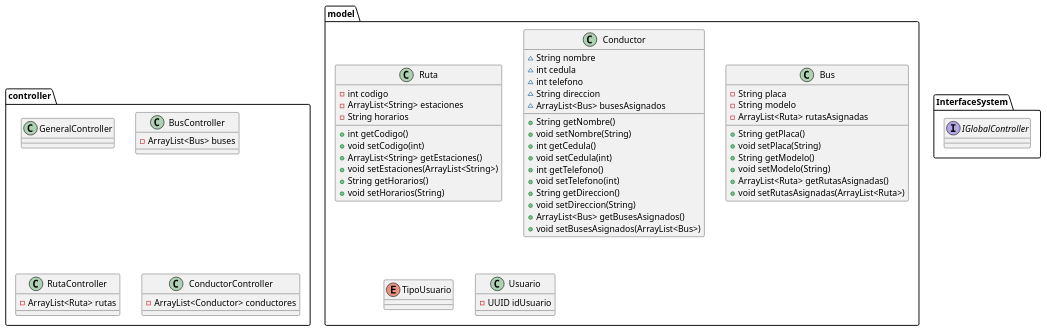
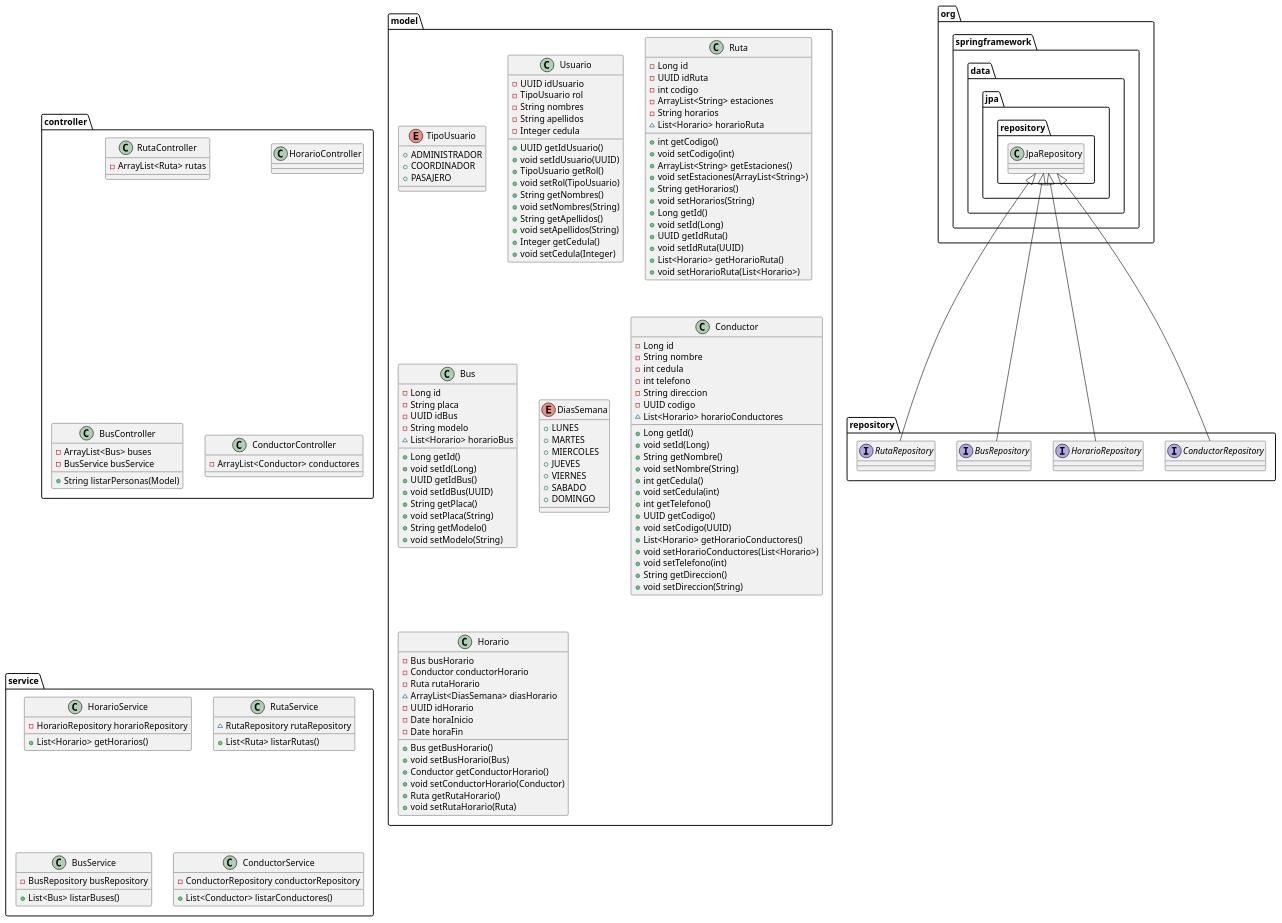
The diagram in UML.puml (JuanFelipe14/SistemaTransmi), drawn with PlantUML before and after one commit. The commit also changed 11 other files, not shown here.

```diff
--- a/UML.puml
+++ b/UML.puml
@@ -1,59 +1,149 @@
 @startuml
-class controller.GeneralController {
+class controller.RutaController {
+- ArrayList<Ruta> rutas
+}
+enum model.TipoUsuario {
++  ADMINISTRADOR
++  COORDINADOR
++  PASAJERO
+}
+class service.HorarioService {
+- HorarioRepository horarioRepository
++ List<Horario> getHorarios()
+}
+class service.RutaService {
+~ RutaRepository rutaRepository
++ List<Ruta> listarRutas()
+}
+class service.BusService {
+- BusRepository busRepository
++ List<Bus> listarBuses()
+}
+class controller.HorarioController {
+}
+class model.Usuario {
+- UUID idUsuario
+- TipoUsuario rol
+- String nombres
+- String apellidos
+- Integer cedula
++ UUID getIdUsuario()
++ void setIdUsuario(UUID)
++ TipoUsuario getRol()
++ void setRol(TipoUsuario)
++ String getNombres()
++ void setNombres(String)
++ String getApellidos()
++ void setApellidos(String)
++ Integer getCedula()
++ void setCedula(Integer)
 }
 class controller.BusController {
 - ArrayList<Bus> buses
+- BusService busService
++ String listarPersonas(Model)
 }
 class model.Ruta {
+- Long id
+- UUID idRuta
 - int codigo
 - ArrayList<String> estaciones
 - String horarios
+~ List<Horario> horarioRuta
 + int getCodigo()
 + void setCodigo(int)
 + ArrayList<String> getEstaciones()
 + void setEstaciones(ArrayList<String>)
 + String getHorarios()
 + void setHorarios(String)
++ Long getId()
++ void setId(Long)
++ UUID getIdRuta()
++ void setIdRuta(UUID)
++ List<Horario> getHorarioRuta()
++ void setHorarioRuta(List<Horario>)
+}
+class model.Bus {
+- Long id
+- String placa
+- UUID idBus
+- String modelo
+~ List<Horario> horarioBus
++ Long getId()
++ void setId(Long)
++ UUID getIdBus()
++ void setIdBus(UUID)
++ String getPlaca()
++ void setPlaca(String)
++ String getModelo()
++ void setModelo(String)
+}
+class controller.ConductorController {
+- ArrayList<Conductor> conductores
+}
+interface repository.ConductorRepository {
+}
+enum model.DiasSemana {
++  LUNES
++  MARTES
++  MIERCOLES
++  JUEVES
++  VIERNES
++  SABADO
++  DOMINGO
 }
 class model.Conductor {
-~ String nombre
-~ int cedula
-~ int telefono
-~ String direccion
-~ ArrayList<Bus> busesAsignados
+- Long id
+- String nombre
+- int cedula
+- int telefono
+- String direccion
+- UUID codigo
+~ List<Horario> horarioConductores
++ Long getId()
++ void setId(Long)
 + String getNombre()
 + void setNombre(String)
 + int getCedula()
 + void setCedula(int)
 + int getTelefono()
++ UUID getCodigo()
++ void setCodigo(UUID)
++ List<Horario> getHorarioConductores()
++ void setHorarioConductores(List<Horario>)
 + void setTelefono(int)
 + String getDireccion()
 + void setDireccion(String)
-+ ArrayList<Bus> getBusesAsignados()
-+ void setBusesAsignados(ArrayList<Bus>)
 }
-class controller.RutaController {
-- ArrayList<Ruta> rutas
+class service.ConductorService {
+- ConductorRepository conductorRepository
++ List<Conductor> listarConductores()
 }
-class model.Bus {
-- String placa
-- String modelo
-- ArrayList<Ruta> rutasAsignadas
-+ String getPlaca()
-+ void setPlaca(String)
-+ String getModelo()
-+ void setModelo(String)
-+ ArrayList<Ruta> getRutasAsignadas()
-+ void setRutasAsignadas(ArrayList<Ruta>)
+interface repository.HorarioRepository {
 }
-enum model.TipoUsuario {
+interface repository.BusRepository {
 }
-class controller.ConductorController {
-- ArrayList<Conductor> conductores
+interface repository.RutaRepository {
 }
-class model.Usuario {
-- UUID idUsuario
+class model.Horario {
+- Bus busHorario
+- Conductor conductorHorario
+- Ruta rutaHorario
+~ ArrayList<DiasSemana> diasHorario
+- UUID idHorario
+- Date horaInicio
+- Date horaFin
++ Bus getBusHorario()
++ void setBusHorario(Bus)
++ Conductor getConductorHorario()
++ void setConductorHorario(Conductor)
++ Ruta getRutaHorario()
++ void setRutaHorario(Ruta)
 }
-interface InterfaceSystem.IGlobalController {
-}
+
+
+org.springframework.data.jpa.repository.JpaRepository <|-- repository.ConductorRepository
+org.springframework.data.jpa.repository.JpaRepository <|-- repository.HorarioRepository
+org.springframework.data.jpa.repository.JpaRepository <|-- repository.BusRepository
+org.springframework.data.jpa.repository.JpaRepository <|-- repository.RutaRepository
 @enduml
```
